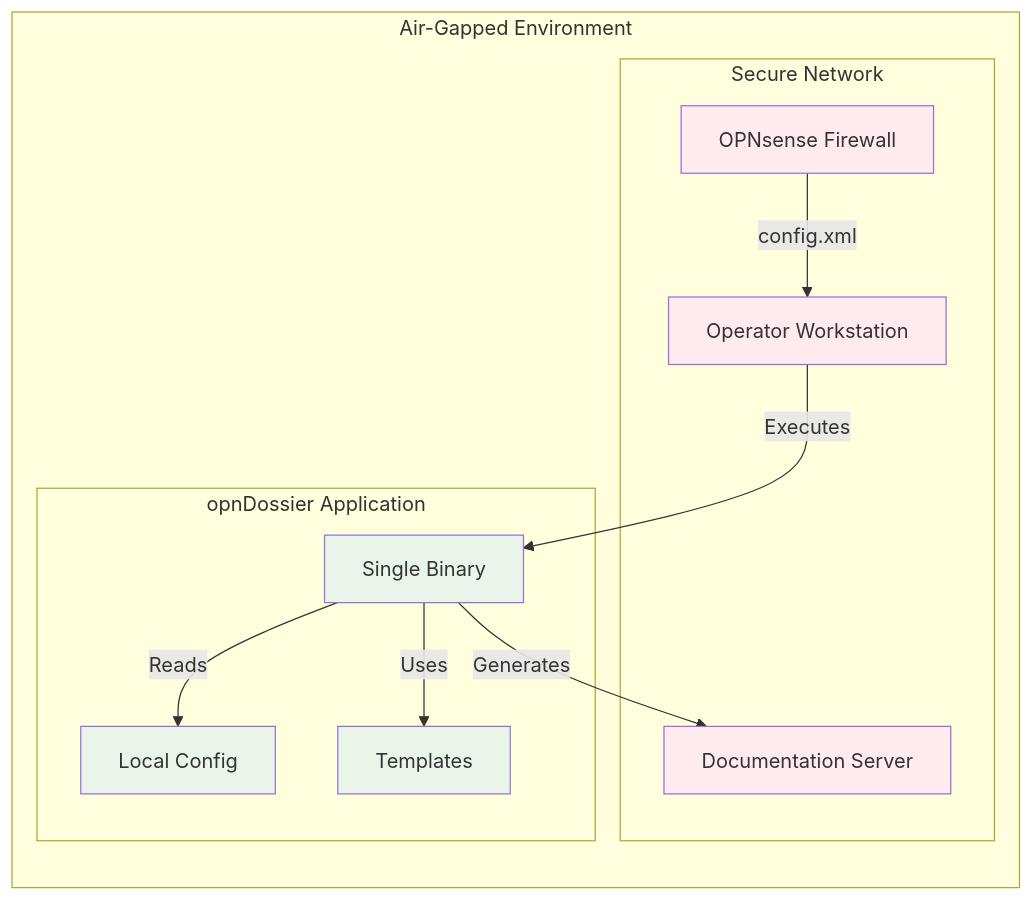
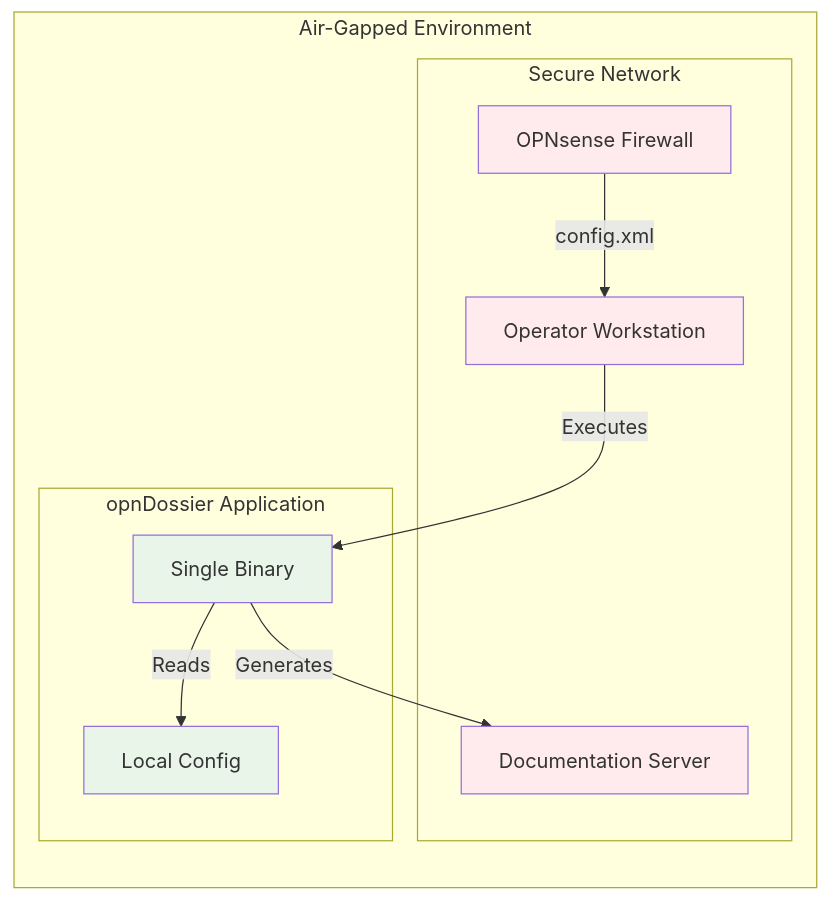
Before and after one commit to EvilBit-Labs/opnDossier: the third of 6 diagrams in docs/dev-guide/architecture.md, drawn with Mermaid. The commit also changed other lines of this file and 22 other files, not shown here.

````diff
--- a/docs/dev-guide/architecture.md
+++ b/docs/dev-guide/architecture.md
@@ -360,27 +358,25 @@
 ```mermaid
 graph LR
     subgraph "Air-Gapped Environment"
         subgraph "Secure Network"
             FW[OPNsense Firewall]
             OPS[Operator Workstation]
             DOCS[Documentation Server]
         end
 
         subgraph "opnDossier Application"
             BIN[Single Binary]
             CFG[Local Config]
-            TEMP[Templates]
         end
     end
 
     FW -->|config.xml| OPS
     OPS -->|Executes| BIN
     BIN -->|Reads| CFG
-    BIN -->|Uses| TEMP
     BIN -->|Generates| DOCS
 
     classDef secure fill:#ffebee
     classDef app fill:#e8f5e8
     class FW,OPS,DOCS secure
-    class BIN,CFG,TEMP app
+    class BIN,CFG app
 ```
````
